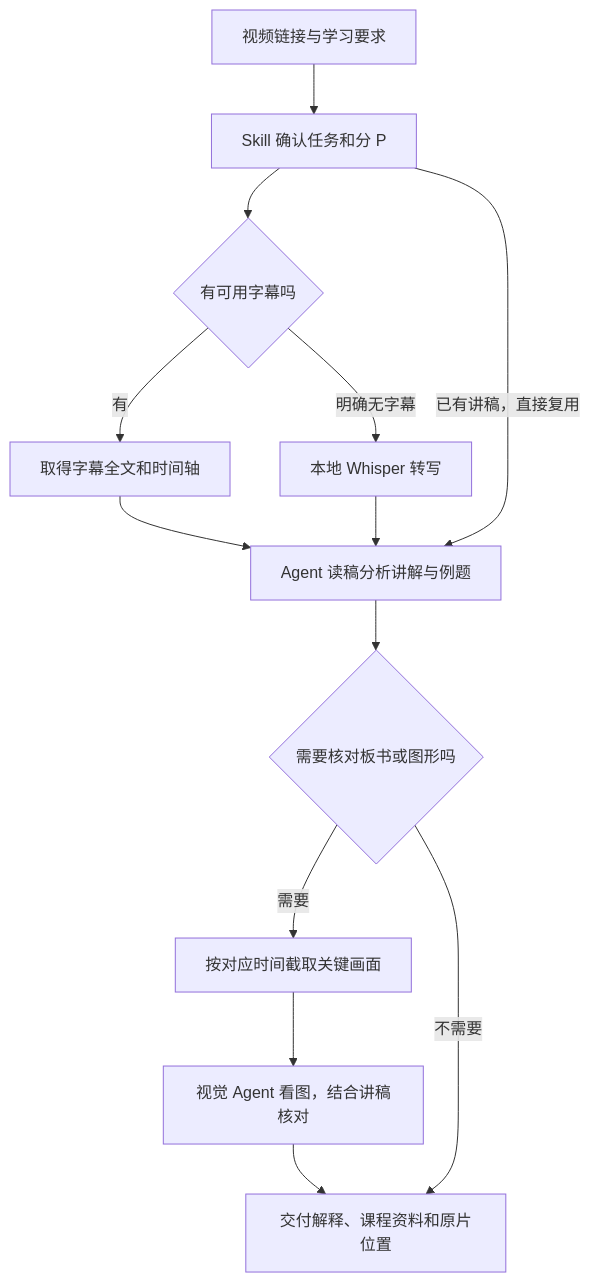
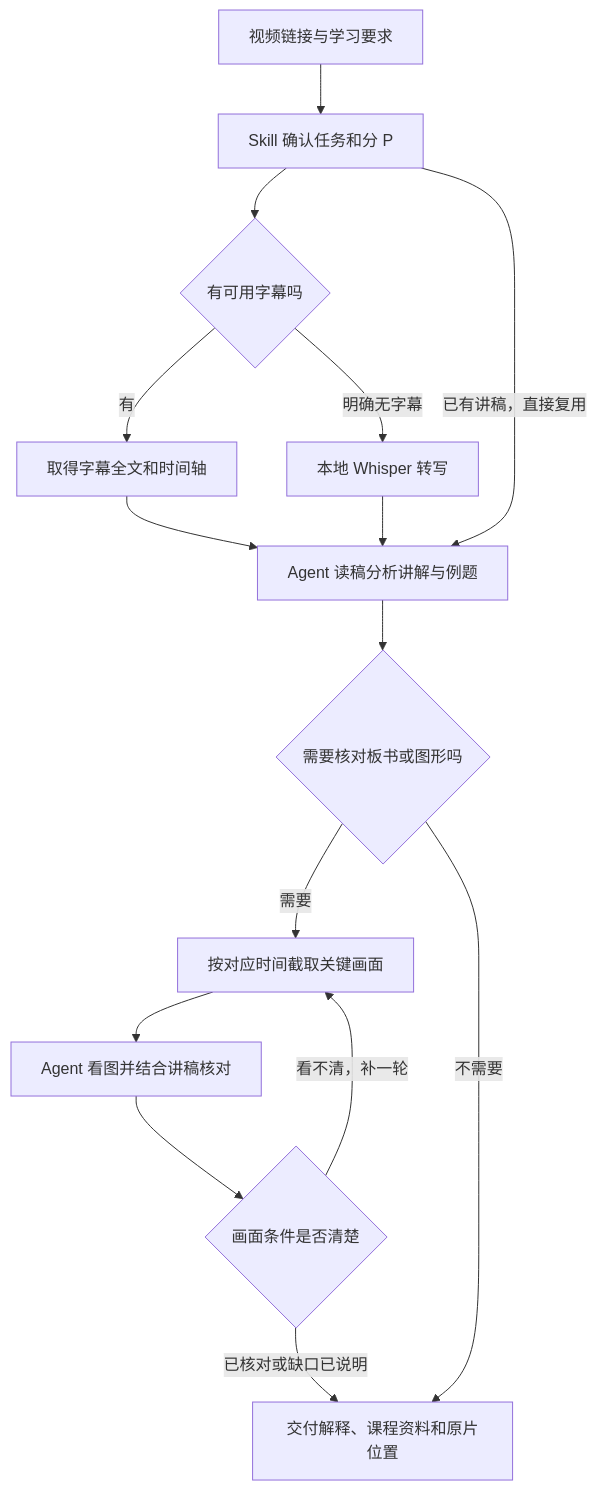
The diagram in README.md (s0ftnote/study-kit), drawn with Mermaid before and after one commit. The commit also changed other lines of this file and 7 other files, not shown here.

Commit message:
bili-reach：改为课程分析流程，补图规则与看图条件

````diff
--- a/README.md
+++ b/README.md
@@ -27,15 +27,17 @@
 ```mermaid
 flowchart TD
     A[视频链接与学习要求] --> B[Skill 确认任务和分 P]
     B --> C{有可用字幕吗}
     C -->|有| D[取得字幕全文和时间轴]
     C -->|明确无字幕| E[本地 Whisper 转写]
     D --> F[Agent 读稿分析讲解与例题]
     E --> F
     B -->|已有讲稿，直接复用| F
     F --> G{需要核对板书或图形吗}
     G -->|需要| H[按对应时间截取关键画面]
-    H --> I[视觉 Agent 看图，结合讲稿核对]
-    I --> J[交付解释、课程资料和原片位置]
+    H --> I[Agent 看图并结合讲稿核对]
+    I --> K{画面条件是否清楚}
+    K -->|看不清，补一轮| H
+    K -->|已核对或缺口已说明| J[交付解释、课程资料和原片位置]
     G -->|不需要| J
 ```
````
